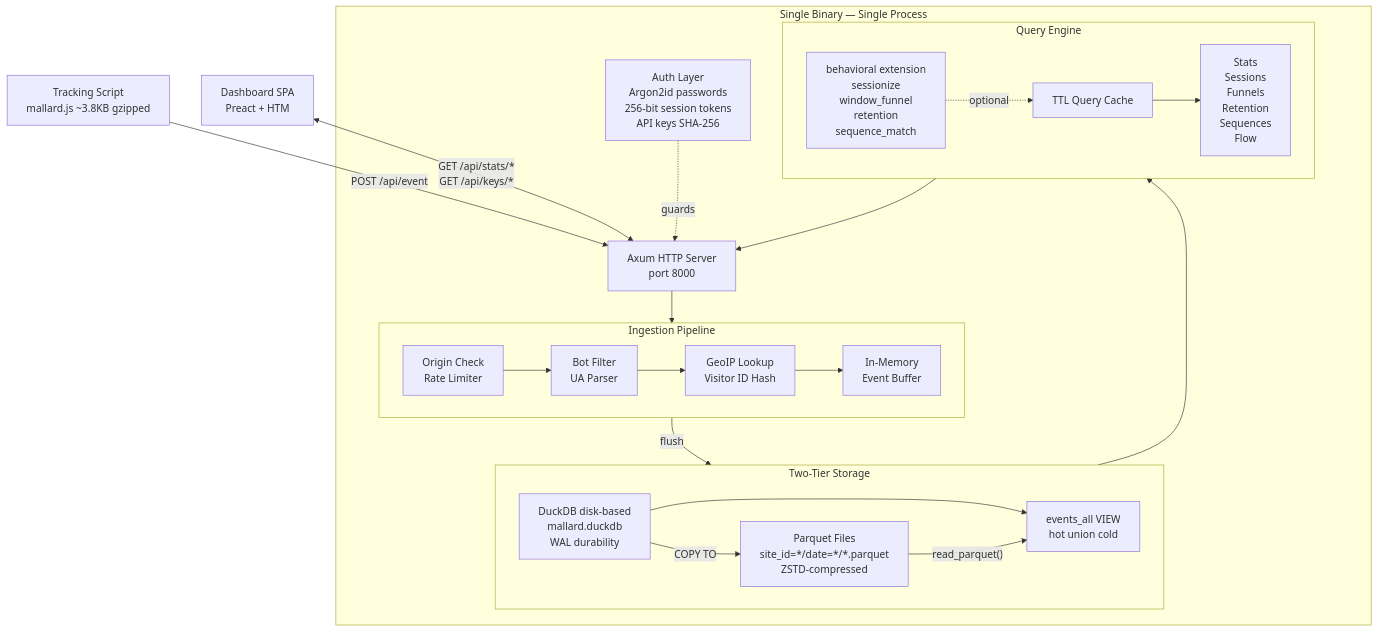
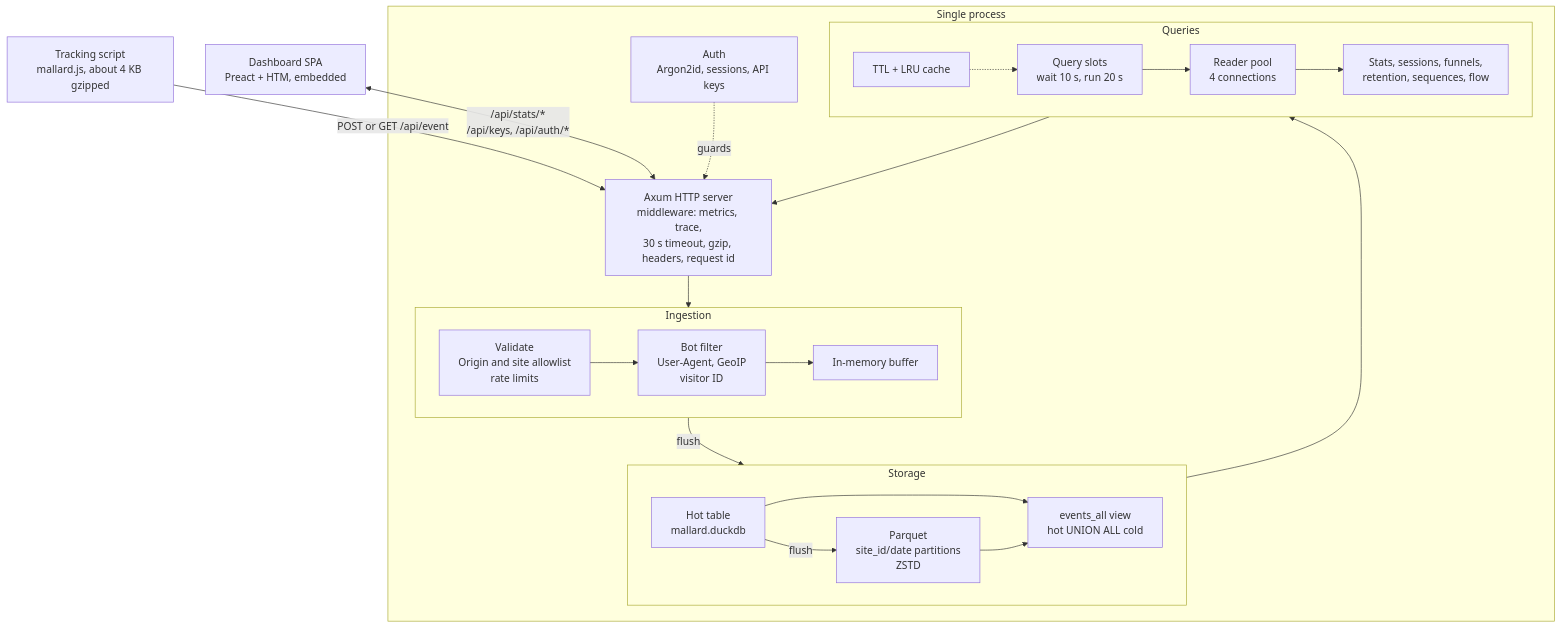
One commit to tomtom215/mallardmetrics changed the first of 7 diagrams in docs/src/architecture.md. Above: the diagram before and after it, drawn with Mermaid. The commit also changed other lines of this file, not shown here.

First line of the commit message:
Docs: rewrite the architecture page against the code

````diff
--- a/docs/src/architecture.md
+++ b/docs/src/architecture.md
@@ -7,42 +10,42 @@
 ```mermaid
 flowchart TD
-    TS["Tracking Script\nmallard.js ~3.8KB gzipped"]
-    DASH["Dashboard SPA\nPreact + HTM"]
+    TS["Tracking script\nmallard.js, about 4 KB gzipped"]
+    DASH["Dashboard SPA\nPreact + HTM, embedded"]
 
-    TS -->|"POST /api/event"| AXUM
-    DASH <-->|"GET /api/stats/*\nGET /api/keys/*"| AXUM
+    TS -->|"POST or GET /api/event"| AXUM
+    DASH <-->|"/api/stats/*\n/api/keys, /api/auth/*"| AXUM
 
-    subgraph BINARY["Single Binary — Single Process"]
-        AXUM["Axum HTTP Server\nport 8000"]
+    subgraph BINARY["Single process"]
+        AXUM["Axum HTTP server\nmiddleware: metrics, trace,\n30 s timeout, gzip, headers, request id"]
 
-        subgraph INGEST["Ingestion Pipeline"]
+        subgraph INGEST["Ingestion"]
             direction LR
-            OC["Origin Check\nRate Limiter"] --> BF["Bot Filter\nUA Parser"]
-            BF --> GEO["GeoIP Lookup\nVisitor ID Hash"]
-            GEO --> BUF["In-Memory\nEvent Buffer"]
+            VAL["Validate\nOrigin and site allowlist\nrate limits"] --> ENR["Bot filter\nUser-Agent, GeoIP\nvisitor ID"]
+            ENR --> BUF["In-memory buffer"]
         end
 
-        subgraph STORE["Two-Tier Storage"]
+        subgraph STORE["Storage"]
             direction LR
-            DB["DuckDB disk-based\nmallard.duckdb\nWAL durability"]
-            PQ["Parquet Files\nsite_id=*/date=*/*.parquet\nZSTD-compressed"]
-            VIEW["events_all VIEW\nhot union cold"]
-            DB -->|"COPY TO"| PQ
-            DB --> VIEW
-            PQ -->|"read_parquet()"| VIEW
+            HOT["Hot table\nmallard.duckdb"]
+            PQ["Parquet\nsite_id/date partitions\nZSTD"]
+            VIEW["events_all view\nhot UNION ALL cold"]
+            HOT -->|"flush"| PQ
+            HOT --> VIEW
+            PQ --> VIEW
         end
 
-        subgraph QUERY["Query Engine"]
+        subgraph QUERY["Queries"]
             direction LR
-            CACHE["TTL Query Cache"] --> QH["Stats\nSessions\nFunnels\nRetention\nSequences\nFlow"]
-            EXT["behavioral extension\nsessionize\nwindow_funnel\nretention\nsequence_match"] -.->|"optional"| CACHE
+            SEM["Query slots\nwait 10 s, run 20 s"] --> POOL["Reader pool\n4 connections"]
+            POOL --> QH["Stats, sessions, funnels,\nretention, sequences, flow"]
+            CACHE["TTL + LRU cache"] -.-> SEM
         end
 
-        AUTH["Auth Layer\nArgon2id passwords\n256-bit session tokens\nAPI keys SHA-256"] -.->|"guards"| AXUM
+        AUTH["Auth\nArgon2id, sessions, API keys"] -.->|"guards"| AXUM
 
-        AXUM --> OC
-        BUF -->|"flush"| DB
-        VIEW --> CACHE
+        AXUM --> VAL
+        BUF -->|"flush"| HOT
+        VIEW --> POOL
         QH --> AXUM
     end
 ```
````
